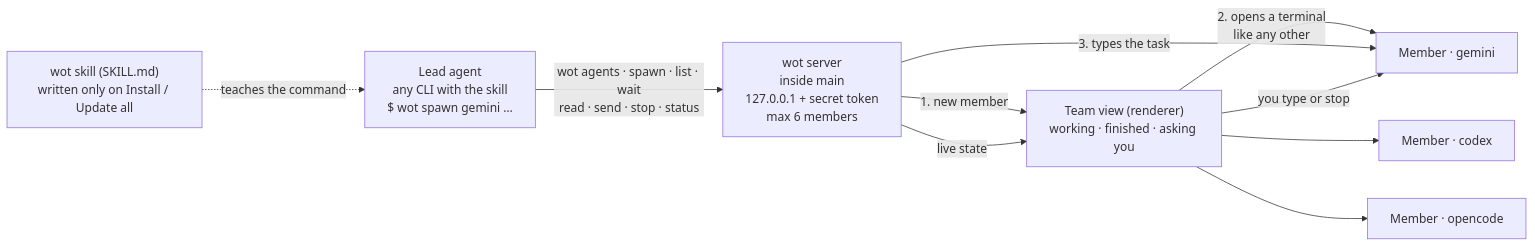
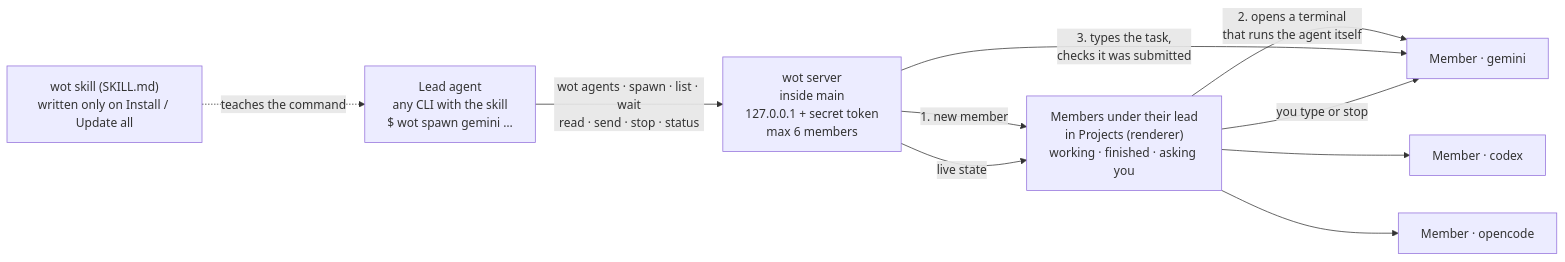
The fifth of 9 diagrams in docs/ARCHITECTURE.md (Lio3307/O-Bros), drawn with Mermaid before and after one commit. The commit also changed other lines of this file and 38 other files, not shown here.

Commit message:
Nest team members under their lead, run member agents directly, and fix wot spawn, send and environment bugs

````diff
--- a/docs/ARCHITECTURE.md
+++ b/docs/ARCHITECTURE.md
@@ -150,18 +150,18 @@
 ```mermaid
 flowchart LR
     Skill["wot skill (SKILL.md)<br/>written only on Install / Update all"] -. "teaches the command" .-> Lead
 
     Lead["Lead agent<br/>any CLI with the skill<br/>$ wot spawn gemini …"]
     Server["wot server<br/>inside main<br/>127.0.0.1 + secret token<br/>max 6 members"]
 
     Lead -- "wot agents · spawn · list · wait<br/>read · send · stop · status" --> Server
 
-    Server -- "1. new member" --> Team["Team view (renderer)<br/>working · finished · asking you"]
-    Team -- "2. opens a terminal<br/>like any other" --> M1["Member · gemini"]
+    Server -- "1. new member" --> Team["Members under their lead<br/>in Projects (renderer)<br/>working · finished · asking you"]
+    Team -- "2. opens a terminal<br/>that runs the agent itself" --> M1["Member · gemini"]
     Team --> M2["Member · codex"]
     Team --> M3["Member · opencode"]
-    Server -- "3. types the task" --> M1
+    Server -- "3. types the task,<br/>checks it was submitted" --> M1
 
     Server -- "live state" --> Team
     Team -- "you type or stop" --> M1
 ```
````
